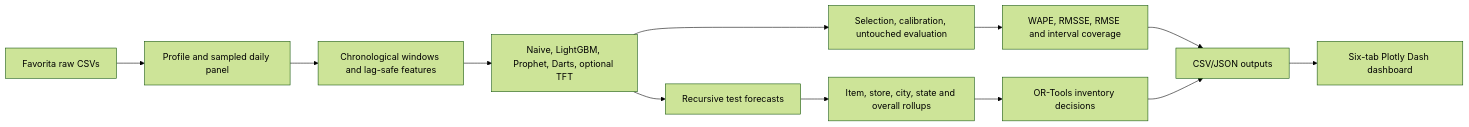
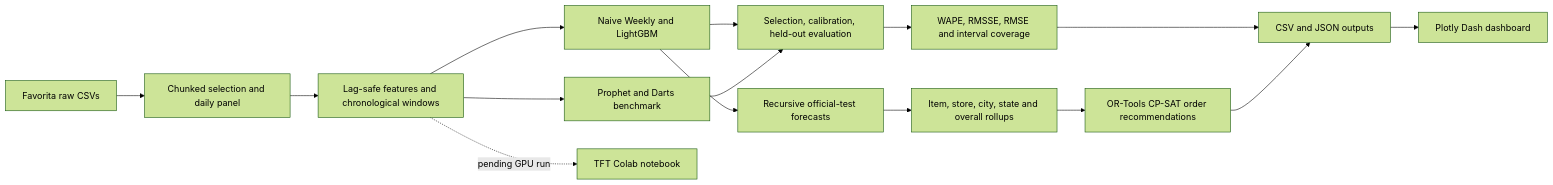
The diagram in README.md (ayobamiiiii/DS-02-Retail-Demand-Forecasting-Inventory-Optimization), drawn with Mermaid (forest theme) before and after one commit. The commit also changed other lines of this file, not shown here.

````diff
--- a/README.md
+++ b/README.md
@@ -11,14 +42,17 @@
 ```mermaid
 flowchart LR
-  A[Favorita raw CSVs] --> B[Profile and sampled daily panel]
-  B --> C[Chronological windows and lag-safe features]
-  C --> D[Naive, LightGBM, Prophet, Darts, optional TFT]
-  D --> E[Selection, calibration, untouched evaluation]
-  E --> F[WAPE, RMSSE, RMSE and interval coverage]
-  D --> G[Recursive test forecasts]
-  G --> H[Item, store, city, state and overall rollups]
-  H --> I[OR-Tools inventory decisions]
-  F --> J[CSV/JSON outputs]
-  I --> J
-  J --> K[Six-tab Plotly Dash dashboard]
+  A[Favorita raw CSVs] --> B[Chunked selection and daily panel]
+  B --> C[Lag-safe features and chronological windows]
+  C --> D[Naive Weekly and LightGBM]
+  C --> E[Prophet and Darts benchmark]
+  C -. pending GPU run .-> T[TFT Colab notebook]
+  D --> F[Selection, calibration, held-out evaluation]
+  E --> F
+  F --> G[WAPE, RMSSE, RMSE and interval coverage]
+  D --> H[Recursive official-test forecasts]
+  H --> I[Item, store, city, state and overall rollups]
+  I --> J[OR-Tools CP-SAT order recommendations]
+  G --> K[CSV and JSON outputs]
+  J --> K
+  K --> L[Plotly Dash dashboard]
 ```
````
